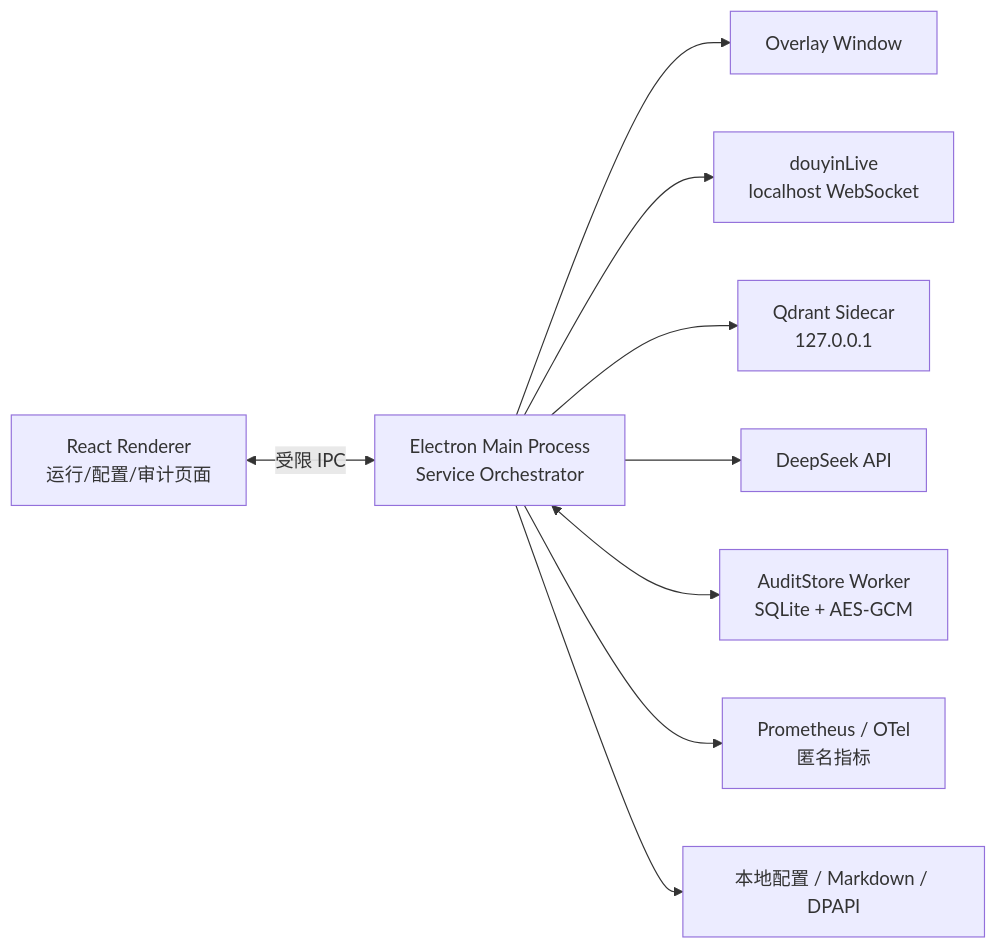
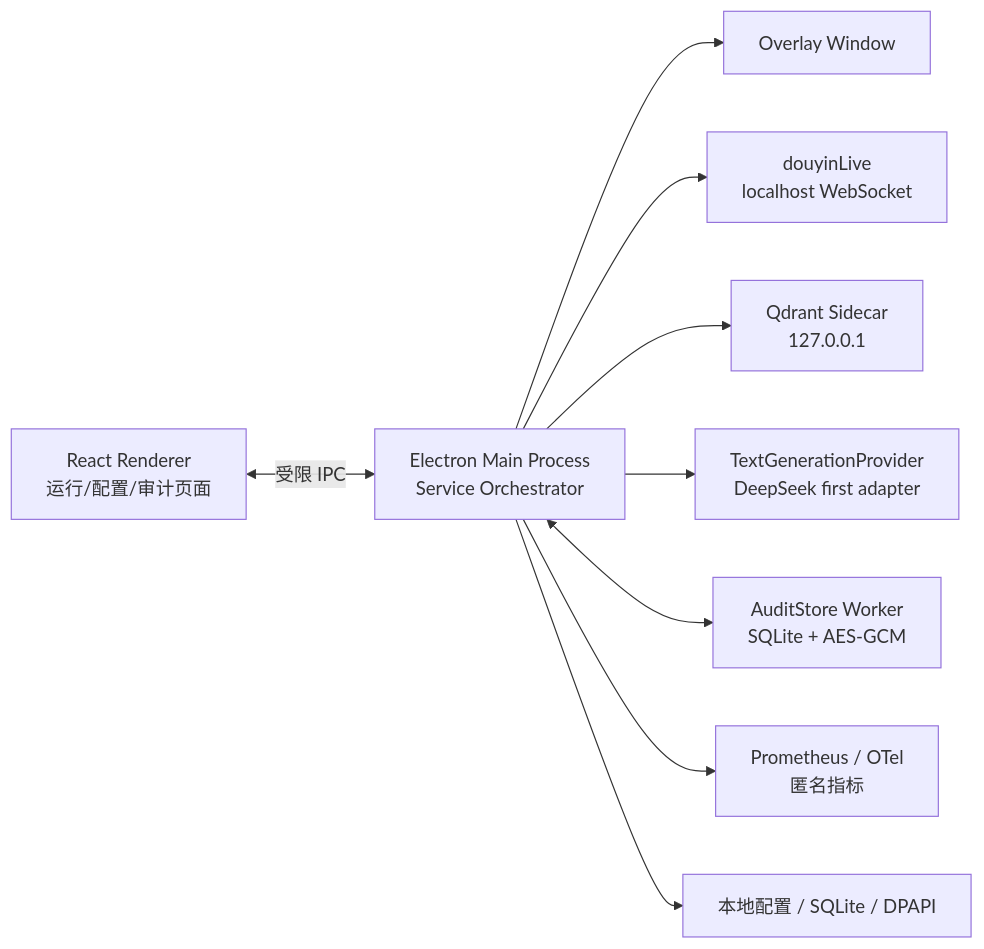
One commit to Ahsen17/douyin-echocue-standalone changed the first of 4 diagrams in docs/04-architecture/Echocue-系统架构与详细设计说明书-v0.1.md. Above: the diagram before and after it, drawn with Mermaid. The commit also changed other lines of this file and 40 other files, not shown here.

````diff
--- a/docs/04-architecture/Echocue-系统架构与详细设计说明书-v0.1.md
+++ b/docs/04-architecture/Echocue-系统架构与详细设计说明书-v0.1.md
@@ -20,11 +20,11 @@
 ```mermaid
 flowchart LR
   UI[React Renderer<br/>运行/配置/审计页面] <-->|受限 IPC| MAIN[Electron Main Process<br/>Service Orchestrator]
   MAIN --> OVL[Overlay Window]
   MAIN --> DYL[douyinLive<br/>localhost WebSocket]
   MAIN --> QS[Qdrant Sidecar<br/>127.0.0.1]
-  MAIN --> LLM[DeepSeek API]
+  MAIN --> LLM[TextGenerationProvider<br/>DeepSeek first adapter]
   MAIN <--> AW[AuditStore Worker<br/>SQLite + AES-GCM]
   MAIN --> OBS[Prometheus / OTel<br/>匿名指标]
-  MAIN --> CFG[本地配置 / Markdown / DPAPI]
+  MAIN --> CFG[本地配置 / SQLite / DPAPI]
 ```
````
